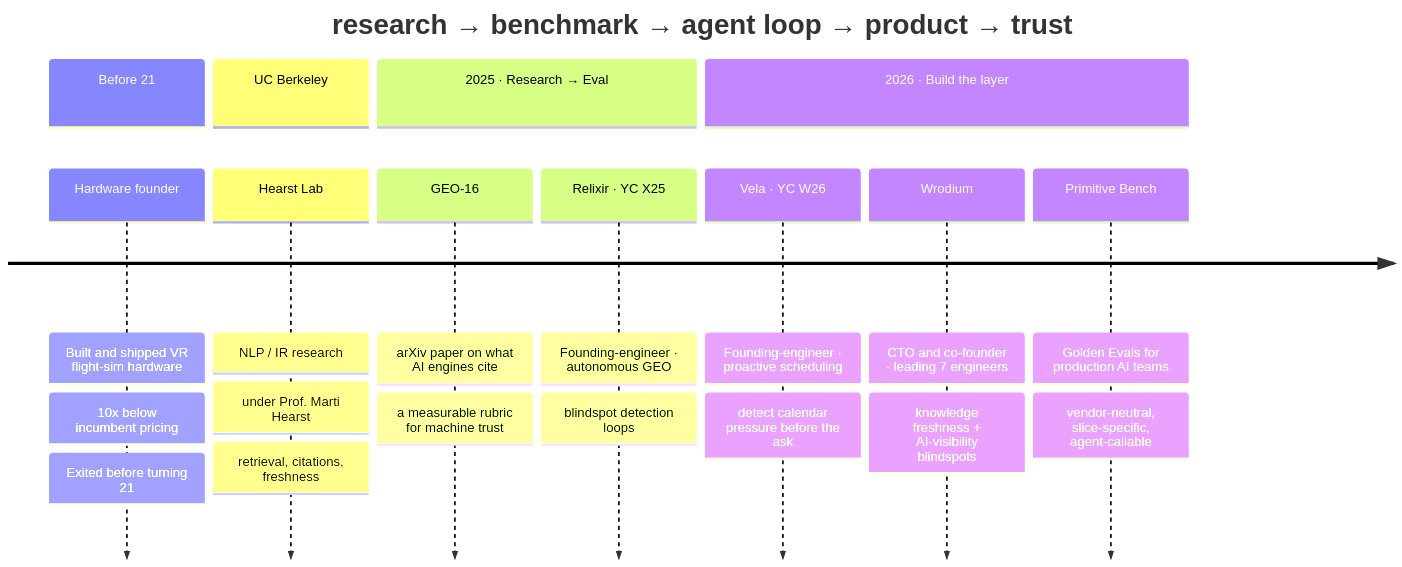
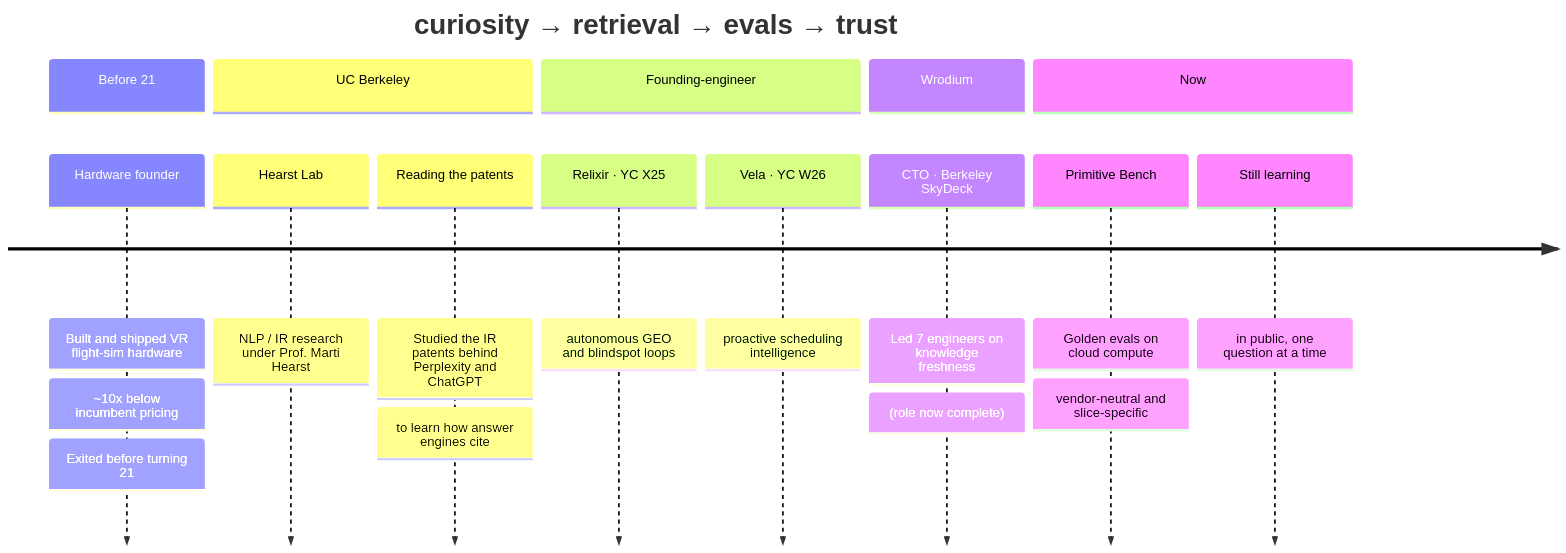
The first of 3 diagrams in README.md (arlenk2021/arlenk2021), drawn with Mermaid before and after one commit. The commit also changed other lines of this file, not shown here.

First line of the commit message:
Rewrite README: humbler, relatable, IR-patents depth, cloud compute

````diff
--- a/README.md
+++ b/README.md
@@ -58,15 +63,17 @@
 ```mermaid
 timeline
-    title  research → benchmark → agent loop → product → trust
+    title  curiosity → retrieval → evals → trust
     section Before 21
-        Hardware founder : Built and shipped VR flight-sim hardware : 10x below incumbent pricing : Exited before turning 21
+        Hardware founder : Built and shipped VR flight-sim hardware : ~10x below incumbent pricing : Exited before turning 21
     section UC Berkeley
-        Hearst Lab : NLP / IR research : under Prof. Marti Hearst : retrieval, citations, freshness
-    section 2025 · Research → Eval
-        GEO-16 : arXiv paper on what AI engines cite : a measurable rubric for machine trust
-        Relixir · YC X25 : Founding-engineer · autonomous GEO : blindspot detection loops
-    section 2026 · Build the layer
-        Vela · YC W26 : Founding-engineer · proactive scheduling : detect calendar pressure before the ask
-        Wrodium : CTO and co-founder · leading 7 engineers : knowledge freshness + AI-visibility blindspots
-        Primitive Bench : Golden Evals for production AI teams : vendor-neutral, slice-specific, agent-callable
+        Hearst Lab : NLP / IR research under Prof. Marti Hearst
+        Reading the patents : Studied the IR patents behind Perplexity and ChatGPT : to learn how answer engines cite
+    section Founding-engineer
+        Relixir · YC X25 : autonomous GEO and blindspot loops
+        Vela · YC W26 : proactive scheduling intelligence
+    section Wrodium
+        CTO · Berkeley SkyDeck : Led 7 engineers on knowledge freshness : (role now complete)
+    section Now
+        Primitive Bench : Golden evals on cloud compute : vendor-neutral and slice-specific
+        Still learning : in public, one question at a time
 ```
````
